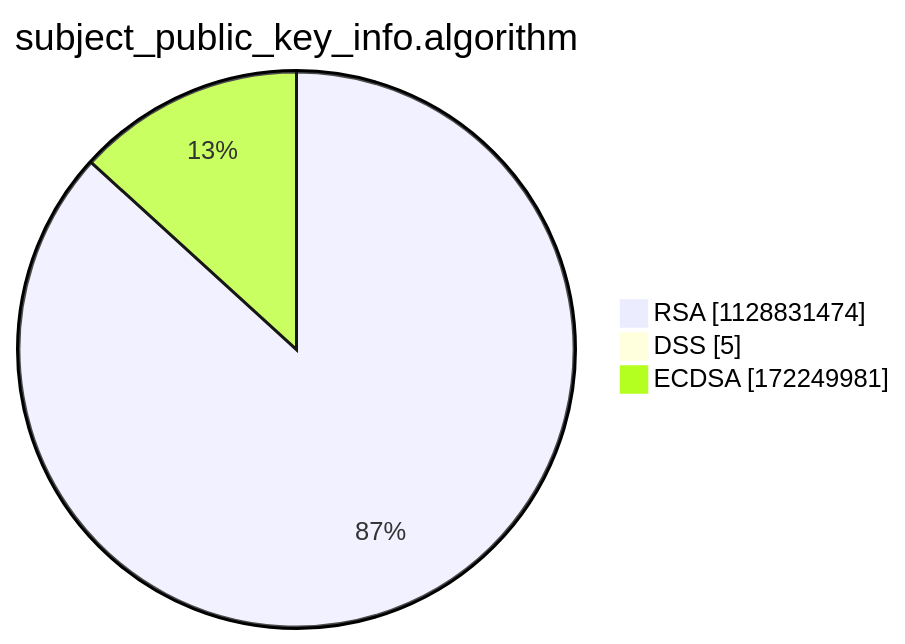
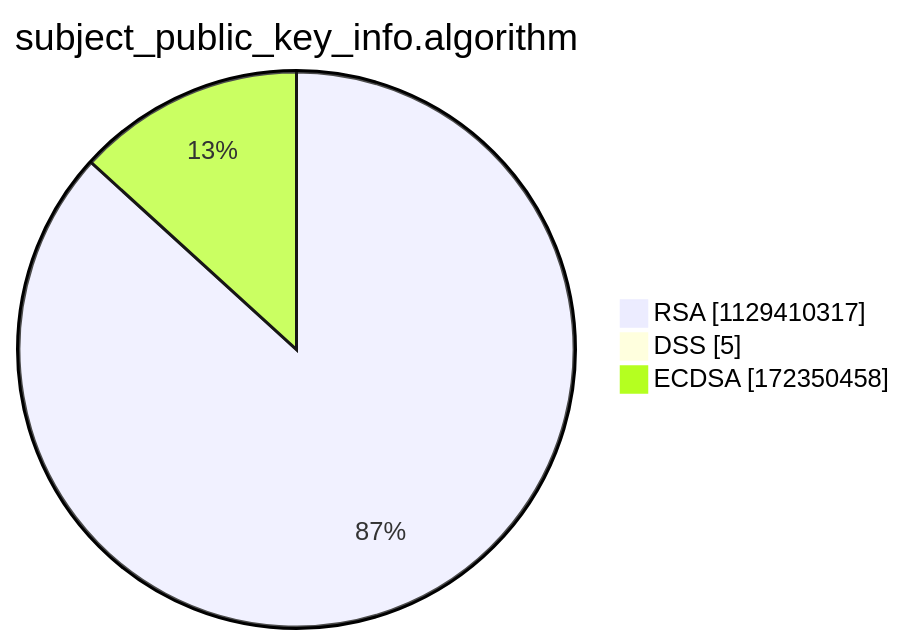
The third of 15 diagrams in argon2022/README.md (christiankrug/ctmonitor_visualization), drawn with Mermaid before and after one commit. The commit also changed other lines of this file, not shown here.

````diff
--- a/argon2022/README.md
+++ b/argon2022/README.md
@@ -14,7 +14,7 @@
 ```mermaid
 pie showData
 title subject_public_key_info.algorithm
-"RSA" :1128831474
+"RSA" :1129410317
 "DSS" :5
-"ECDSA" :172249981
+"ECDSA" :172350458
 ```
````
